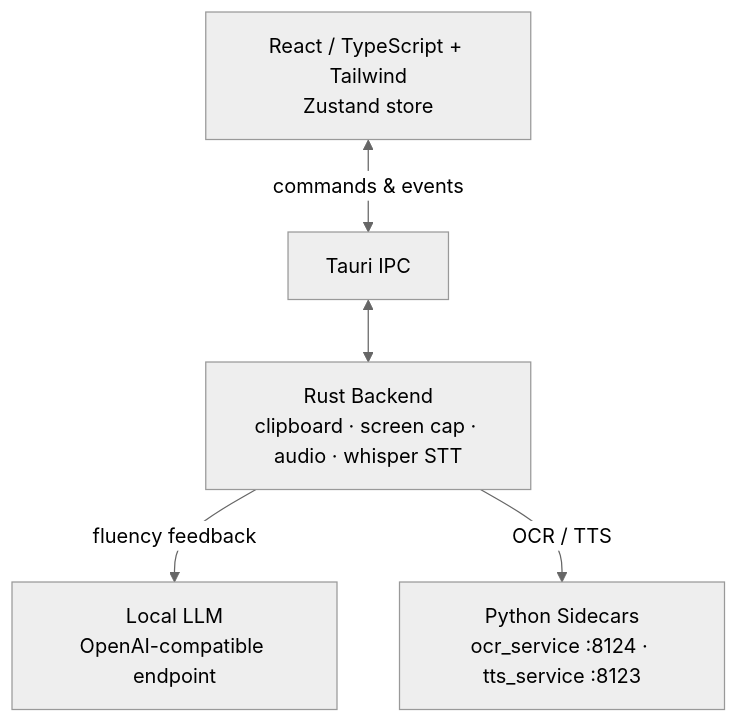
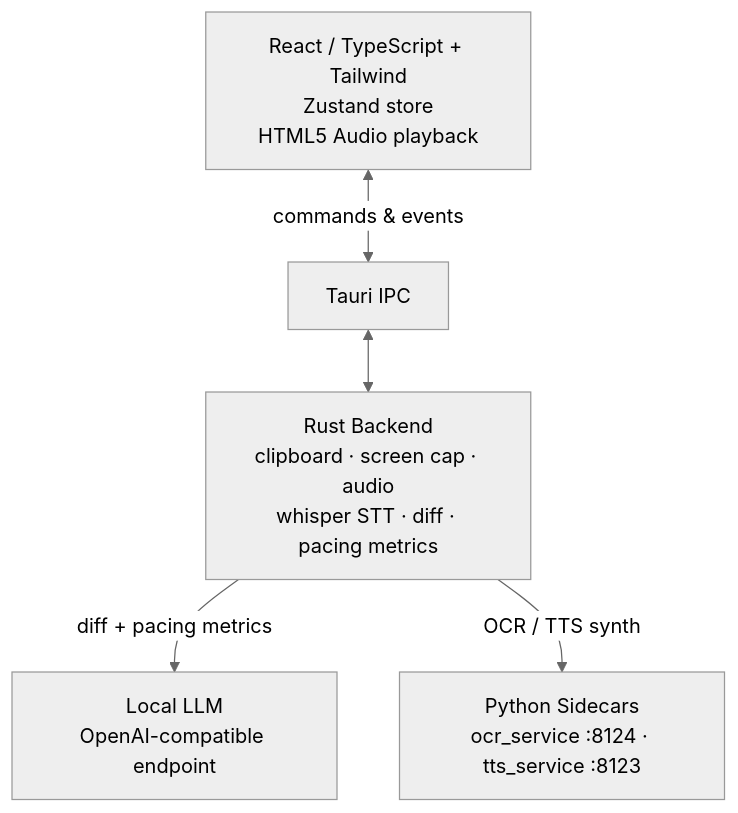
One commit to yaominzh/azReadAnalyzer changed the first of 4 diagrams in docs/superpowers/specs/2026-06-07-azreadanalyzer-design.md. Above: the diagram before and after it, drawn with Mermaid (neutral theme). The commit also changed other lines of this file and 1 other file, not shown here.

````diff
--- a/docs/superpowers/specs/2026-06-07-azreadanalyzer-design.md
+++ b/docs/superpowers/specs/2026-06-07-azreadanalyzer-design.md
@@ -48,13 +50,13 @@
 ```mermaid
 graph TD
-    FE["React / TypeScript + Tailwind\nZustand store"]
+    FE["React / TypeScript + Tailwind<br/>Zustand store<br/>HTML5 Audio playback"]
     IPC["Tauri IPC"]
-    RS["Rust Backend\nclipboard · screen cap · audio · whisper STT"]
-    LLM["Local LLM\nOpenAI-compatible endpoint"]
-    SID["Python Sidecars\nocr_service :8124 · tts_service :8123"]
+    RS["Rust Backend<br/>clipboard · screen cap · audio<br/>whisper STT · diff · pacing metrics"]
+    LLM["Local LLM<br/>OpenAI-compatible endpoint"]
+    SID["Python Sidecars<br/>ocr_service :8124 · tts_service :8123"]
 
     FE <-->|commands & events| IPC
     IPC <--> RS
-    RS -->|fluency feedback| LLM
-    RS -->|OCR / TTS| SID
+    RS -->|diff + pacing metrics| LLM
+    RS -->|OCR / TTS synth| SID
 ```
````
